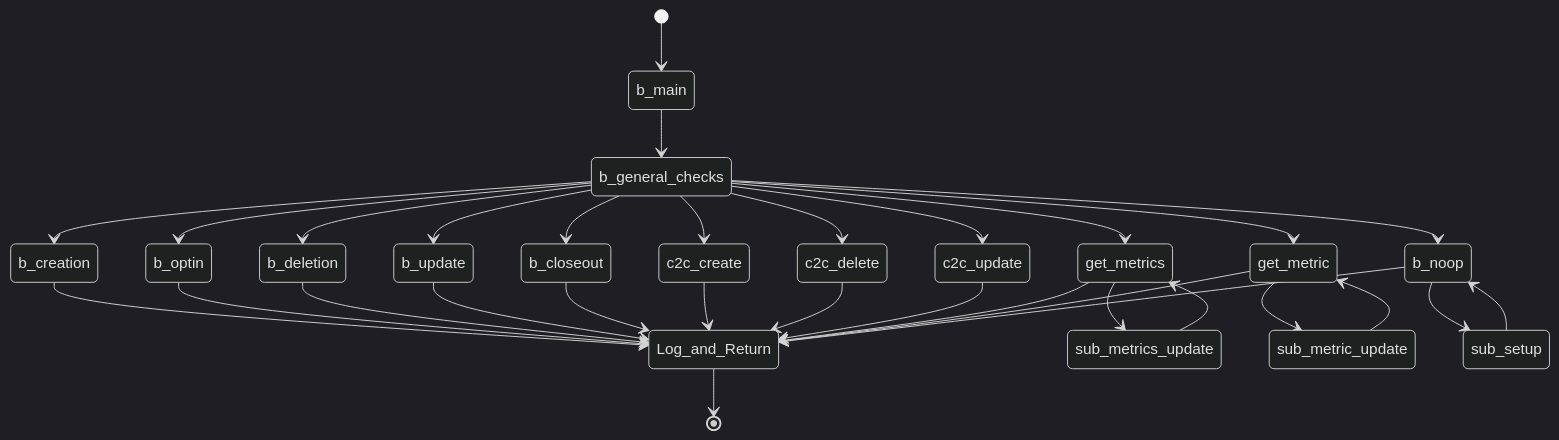
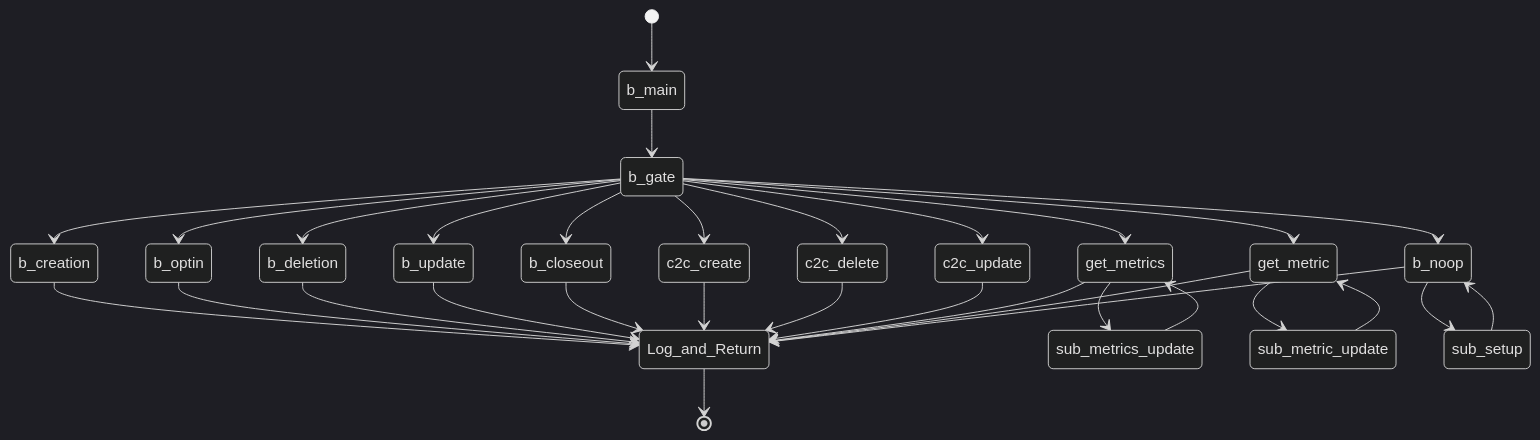
Before and after one commit to GoPlausible/.github: the seventh of 10 diagrams in profile/README.md, drawn with Mermaid (dark theme).

````diff
--- a/profile/README.md
+++ b/profile/README.md
@@ -256,45 +256,45 @@
 ```mermaid
   stateDiagram-v2
     [*] --> b_main
-    b_main --> b_general_checks
-    b_general_checks --> b_creation
+    b_main --> b_gate
+    b_gate --> b_creation
     b_creation --> Log_and_Return
-    b_general_checks --> b_optin
+    b_gate --> b_optin
     b_optin --> Log_and_Return
-    b_general_checks --> b_deletion
+    b_gate --> b_deletion
     b_deletion --> Log_and_Return
-    b_general_checks --> b_update
+    b_gate --> b_update
     b_update --> Log_and_Return
-    b_general_checks --> b_closeout
+    b_gate --> b_closeout
     b_closeout --> Log_and_Return
 
 
 
-    b_general_checks --> c2c_create
+    b_gate --> c2c_create
     c2c_create --> Log_and_Return
-    b_general_checks --> c2c_delete
+    b_gate --> c2c_delete
     c2c_delete --> Log_and_Return
-    b_general_checks --> c2c_update
+    b_gate --> c2c_update
     c2c_update --> Log_and_Return
 
    
-    b_general_checks --> get_metrics
+    b_gate --> get_metrics
     get_metrics --> sub_metrics_update
     sub_metrics_update --> get_metrics
     get_metrics --> Log_and_Return
 
-    b_general_checks --> get_metric
+    b_gate --> get_metric
     get_metric --> sub_metric_update
     sub_metric_update --> get_metric
     get_metric --> Log_and_Return
 
-    b_general_checks --> b_noop
+    b_gate --> b_noop
     b_noop --> sub_setup
     sub_setup --> b_noop
     b_noop --> Log_and_Return
 
     
 
     Log_and_Return --> [*]
     
 ```
````
